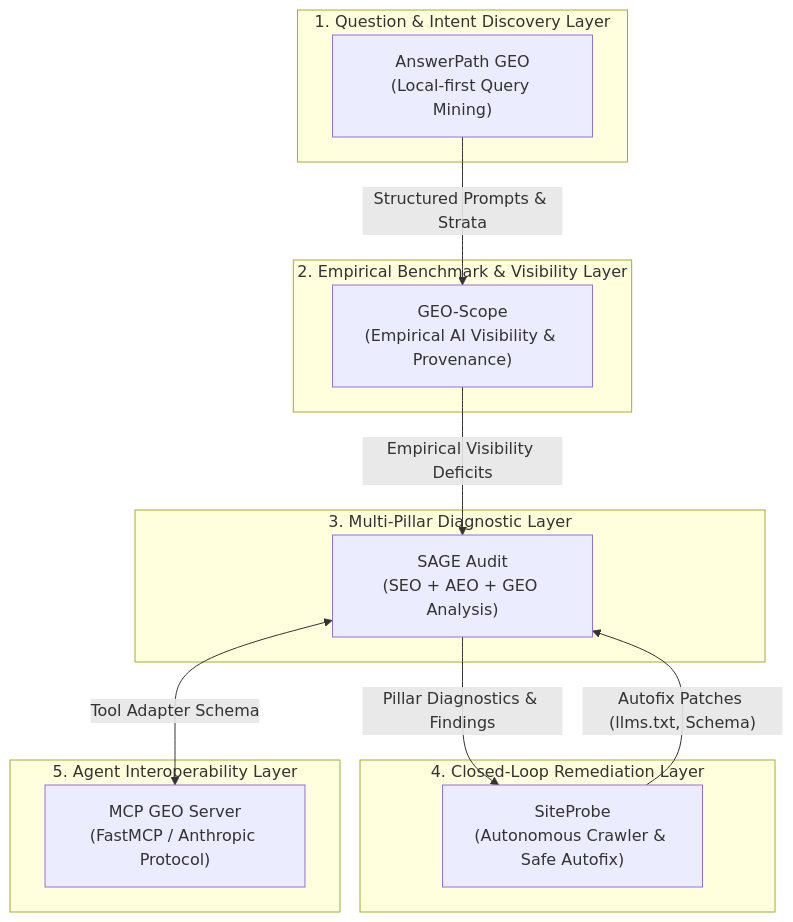
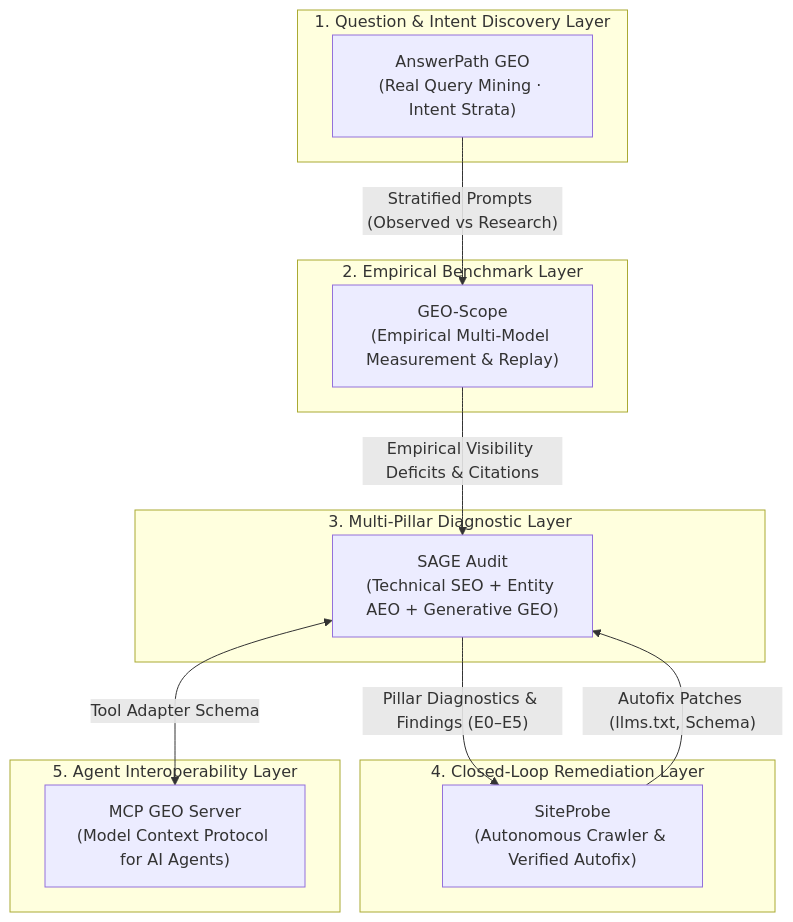
Before and after one commit to tmolavi/geo-scope: the diagram in docs/index.md, drawn with Mermaid. The commit also changed other lines of this file and 3 other files, not shown here.

Commit message:
docs: update GEO-Scope public evidence architecture and benchmark documentation

````diff
--- a/docs/index.md
+++ b/docs/index.md
@@ -7,28 +7,33 @@
 ```mermaid
 flowchart TD
     subgraph Discovery ["1. Question & Intent Discovery Layer"]
-        AP["AnswerPath GEO\n(Local-first Query Mining)"]
+        AP["AnswerPath GEO
+(Real Query Mining · Intent Strata)"]
     end
 
-    subgraph Benchmark ["2. Empirical Benchmark & Visibility Layer"]
-        GS["GEO-Scope\n(Empirical AI Visibility & Provenance)"]
+    subgraph Benchmark ["2. Empirical Benchmark Layer"]
+        GS["GEO-Scope
+(Empirical Multi-Model Measurement & Replay)"]
     end
 
     subgraph Diagnosis ["3. Multi-Pillar Diagnostic Layer"]
-        SA["SAGE Audit\n(SEO + AEO + GEO Analysis)"]
+        SA["SAGE Audit
+(Technical SEO + Entity AEO + Generative GEO)"]
     end
 
     subgraph Remediation ["4. Closed-Loop Remediation Layer"]
-        SP["SiteProbe\n(Autonomous Crawler & Safe Autofix)"]
+        SP["SiteProbe
+(Autonomous Crawler & Verified Autofix)"]
     end
 
     subgraph Protocol ["5. Agent Interoperability Layer"]
-        MCP["MCP GEO Server\n(FastMCP / Anthropic Protocol)"]
+        MCP["MCP GEO Server
+(Model Context Protocol for AI Agents)"]
     end
 
-    AP -->|"Structured Prompts & Strata"| GS
-    GS -->|"Empirical Visibility Deficits"| SA
-    SA -->|"Pillar Diagnostics & Findings"| SP
+    AP -->|"Stratified Prompts (Observed vs Research)"| GS
+    GS -->|"Empirical Visibility Deficits & Citations"| SA
+    SA -->|"Pillar Diagnostics & Findings (E0–E5)"| SP
     SA <-->|"Tool Adapter Schema"| MCP
     SP -->|"Autofix Patches (llms.txt, Schema)"| SA
 ```
````
